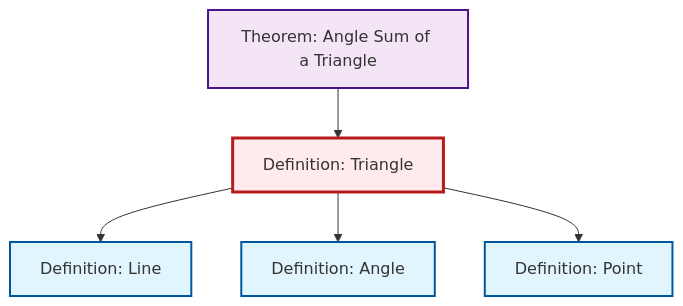
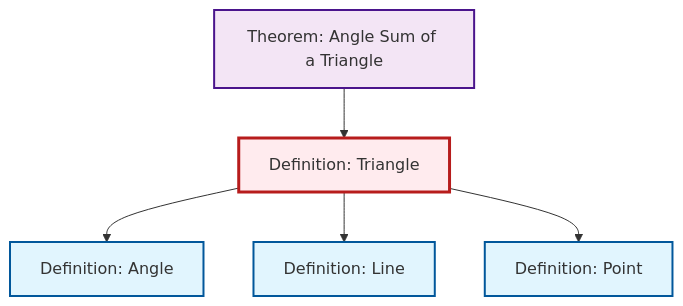
The diagram in content/en/geometry/def-triangle.qmd (RK0429/ModernMath), drawn with Mermaid before and after one commit. The commit also changed other lines of this file and 672 other files, not shown here.

````diff
--- a/content/en/geometry/def-triangle.qmd
+++ b/content/en/geometry/def-triangle.qmd
@@ -59,23 +59,23 @@
 ```{mermaid}
 %%| fig-cap: "Local dependency graph"
 graph TD
     classDef definition fill:#e1f5fe,stroke:#01579b,stroke-width:2px
     classDef theorem fill:#f3e5f5,stroke:#4a148c,stroke-width:2px
     classDef axiom fill:#fff3e0,stroke:#e65100,stroke-width:2px
     classDef example fill:#e8f5e9,stroke:#1b5e20,stroke-width:2px
     classDef current fill:#ffebee,stroke:#b71c1c,stroke-width:3px
+    def-line["Definition: Line"]:::definition
     def-triangle["Definition: Triangle"]:::definition
     def-angle["Definition: Angle"]:::definition
+    def-point["Definition: Point"]:::definition
     thm-angle-sum-triangle["Theorem: Angle Sum of a Triangle"]:::theorem
-    def-line["Definition: Line"]:::definition
-    def-point["Definition: Point"]:::definition
+    def-triangle --> def-angle
     def-triangle --> def-line
+    def-triangle --> def-point
     thm-angle-sum-triangle --> def-triangle
-    def-triangle --> def-angle
-    def-triangle --> def-point
     class def-triangle current
+    click def-line "def-line.html" "Go to Line definition"
     click def-angle "def-angle.html" "Go to Angle definition"
+    click def-point "def-point.html" "Go to Point definition"
     click thm-angle-sum-triangle "thm-angle-sum-triangle.html" "Go to Angle Sum of a Triangle theorem"
-    click def-line "def-line.html" "Go to Line definition"
-    click def-point "def-point.html" "Go to Point definition"
 ```
````
